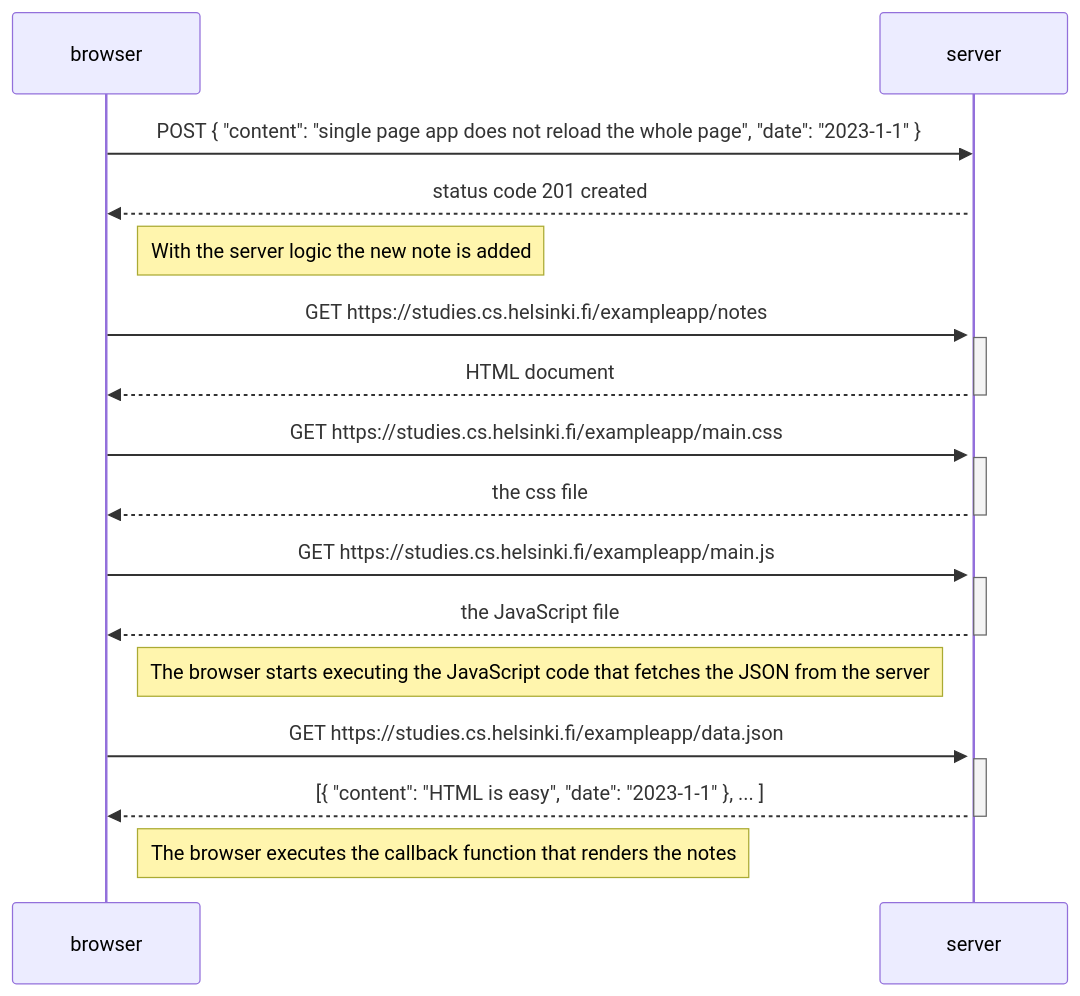
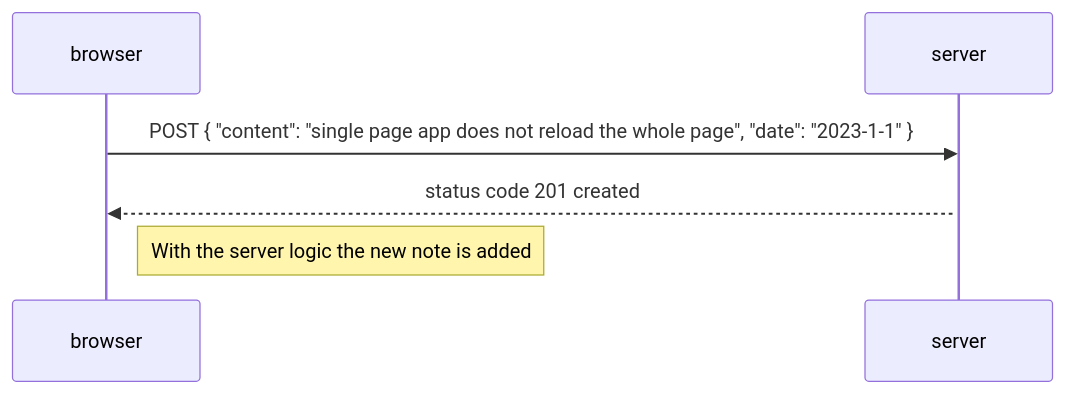
One commit to yohanCami/fullStackOpenCourse changed the diagram in part0/exercises/0-6.diagramSPAAddNote.md. Above: the diagram before and after it, drawn with Mermaid.

Commit message:
edit Part0/exercise 0-6

````diff
--- a/part0/exercises/0-6.diagramSPAAddNote.md
+++ b/part0/exercises/0-6.diagramSPAAddNote.md
@@ -1,39 +1,14 @@
 ```mermaid
 sequenceDiagram
 
     participant browser
     participant server
 
         browser->>server: POST { "content": "single page app does not reload the whole page", "date": "2023-1-1" }
         activate server
 
         server-->>browser: status code 201 created
 
         Note right of browser: With the server logic the new note is added
 
-        browser->>server: GET https://studies.cs.helsinki.fi/exampleapp/notes
-        activate server
-
-        server-->>browser: HTML document
-        deactivate server
-
-        browser->>server: GET https://studies.cs.helsinki.fi/exampleapp/main.css
-        activate server
-        server-->>browser: the css file
-        deactivate server
-
-        browser->>server: GET https://studies.cs.helsinki.fi/exampleapp/main.js
-        activate server
-        server-->>browser: the JavaScript file
-        deactivate server
-
-        Note right of browser: The browser starts executing the JavaScript code that fetches the JSON from the server
-
-        browser->>server: GET https://studies.cs.helsinki.fi/exampleapp/data.json
-        activate server
-        server-->>browser: [{ "content": "HTML is easy", "date": "2023-1-1" }, ... ]
-        deactivate server
-
-        Note right of browser: The browser executes the callback function that renders the notes
-
 ```
````
